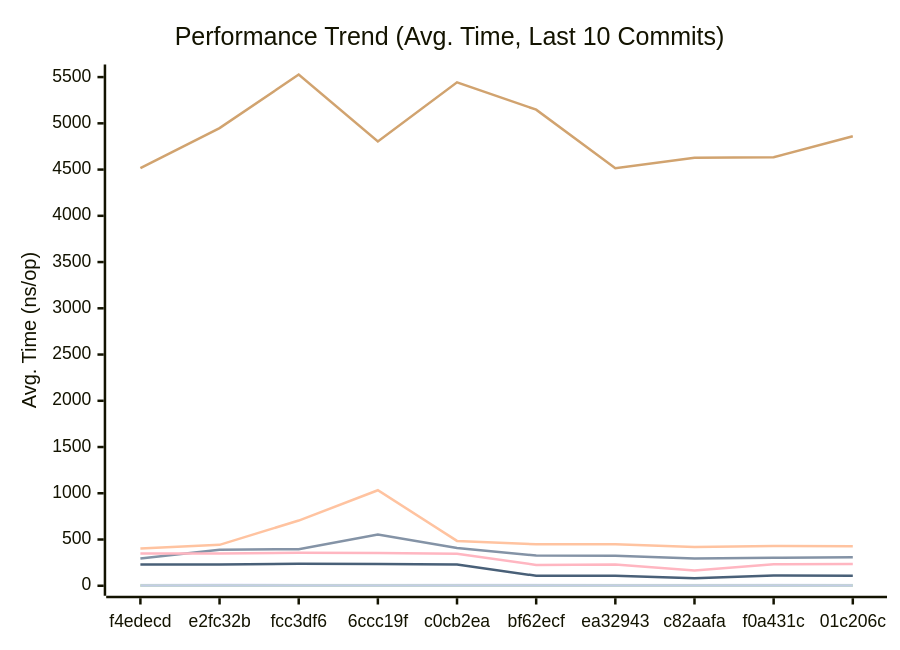
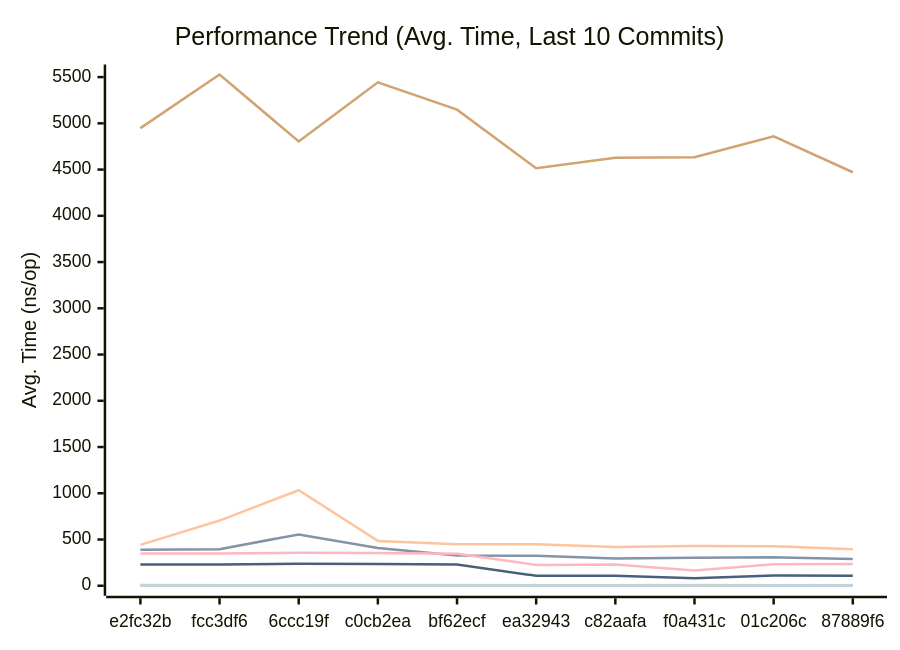
Before and after one commit to alsotoes/momo: the first of 3 diagrams in docs/PERFORMANCE.md, drawn with Mermaid. The commit also changed other lines of this file and 2 other files, not shown here.

````diff
--- a/docs/PERFORMANCE.md
+++ b/docs/PERFORMANCE.md
@@ -80,16 +80,16 @@
 ```mermaid
 xychart-beta
     title "Performance Trend (Avg. Time, Last 10 Commits)"
     x-axis "Commit"
     y-axis "Avg. Time (ns/op)"
-    x-axis [f4edecd,e2fc32b,fcc3df6,6ccc19f,c0cb2ea,bf62ecf,ea32943,c82aafa,f0a431c,01c206c]
-    line "CheckMetricsAndSwap" [9,13,9,9,11,10,8,8,10,9]
-    line "CrushOptimized" [295,389,396,555,408,327,324,295,302,308]
-    line "CrushOriginal" [403,442,705,1033,485,449,449,419,429,427]
-    line "IndexDirectTracking" [0,0,0,0,1,0,0,0,0,0]
-    line "IndexSearch" [2,2,2,2,3,2,2,2,2,2]
-    line "LoadGlobalConfig" [4516,4948,5528,4804,5443,5148,4514,4627,4633,4860]
+    x-axis [e2fc32b,fcc3df6,6ccc19f,c0cb2ea,bf62ecf,ea32943,c82aafa,f0a431c,01c206c,87889f6]
+    line "CheckMetricsAndSwap" [13,9,9,11,10,8,8,10,9,9]
+    line "CrushOptimized" [389,396,555,408,327,324,295,302,308,289]
+    line "CrushOriginal" [442,705,1033,485,449,449,419,429,427,396]
+    line "IndexDirectTracking" [0,0,0,1,0,0,0,0,0,0]
+    line "IndexSearch" [2,2,2,3,2,2,2,2,2,2]
+    line "LoadGlobalConfig" [4948,5528,4804,5443,5148,4514,4627,4633,4860,4471]
     line "PadString" [2,2,2,2,2,2,2,2,2,2]
     line "ParseReplicationOrder_NoPrealloc" [350,349,357,354,345,225,229,165,232,234]
     line "ParseReplicationOrder_Prealloc" [229,231,237,234,229,108,107,80,110,109]
 ```
````
